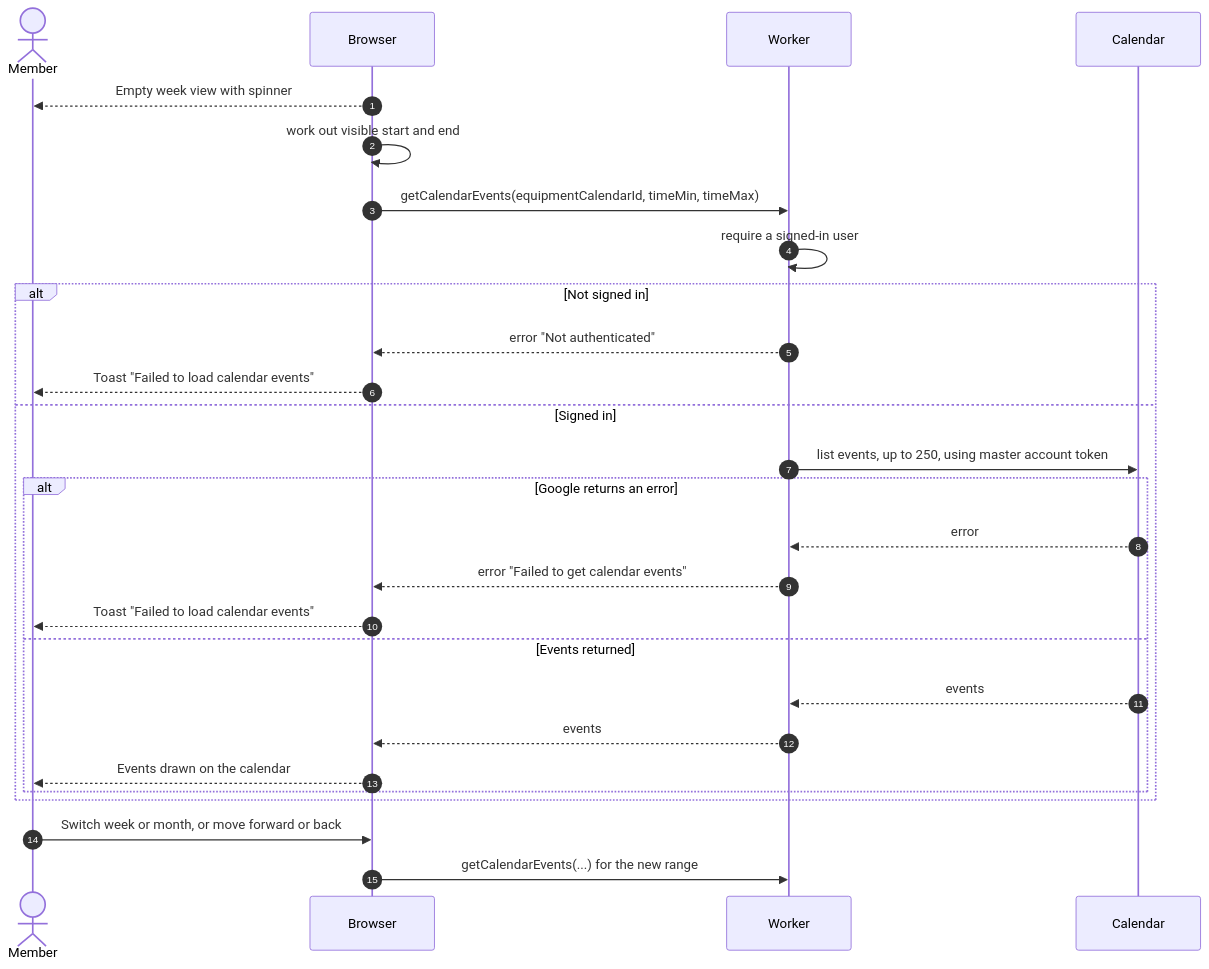
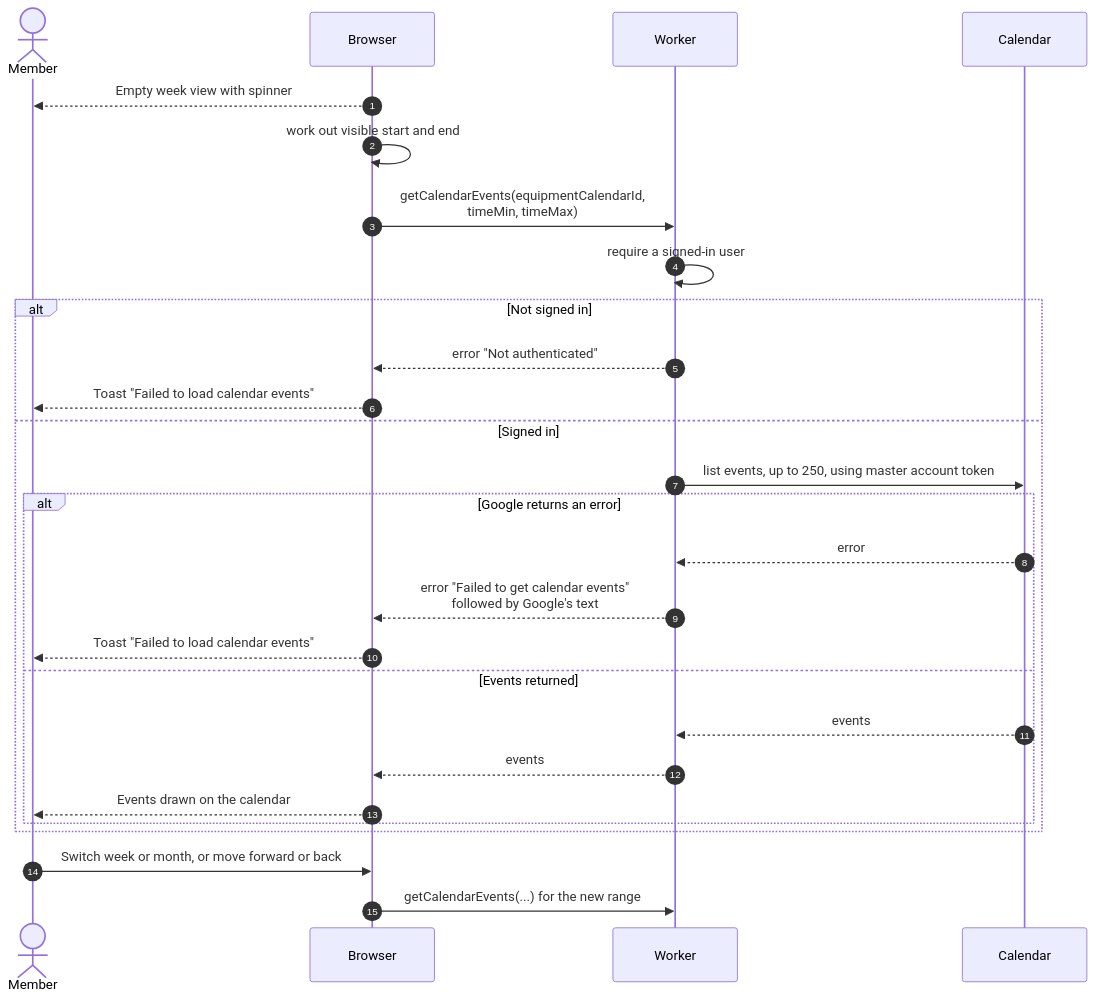
The diagram in docs/scenarios/equipment/equipment-calendar.md (sagyzdop/meriksirat), drawn with Mermaid before and after one commit. The commit also changed other lines of this file and 10 other files, not shown here.

Commit message:
docs(scenarios): verify equipment diagrams against the code

````diff
--- a/docs/scenarios/equipment/equipment-calendar.md
+++ b/docs/scenarios/equipment/equipment-calendar.md
@@ -21,29 +26,29 @@
 ```mermaid
 sequenceDiagram
     autonumber
     actor M as Member
     participant B as Browser
     participant W as Worker
     participant C as Calendar
     B-->>M: Empty week view with spinner
     B->>B: work out visible start and end
-    B->>W: getCalendarEvents(equipmentCalendarId, timeMin, timeMax)
+    B->>W: getCalendarEvents(equipmentCalendarId,<br/>timeMin, timeMax)
     W->>W: require a signed-in user
     alt Not signed in
         W-->>B: error "Not authenticated"
         B-->>M: Toast "Failed to load calendar events"
     else Signed in
         W->>C: list events, up to 250, using master account token
         alt Google returns an error
             C-->>W: error
-            W-->>B: error "Failed to get calendar events"
+            W-->>B: error "Failed to get calendar events"<br/>followed by Google's text
             B-->>M: Toast "Failed to load calendar events"
         else Events returned
             C-->>W: events
             W-->>B: events
             B-->>M: Events drawn on the calendar
         end
     end
     M->>B: Switch week or month, or move forward or back
     B->>W: getCalendarEvents(...) for the new range
 ```
````
